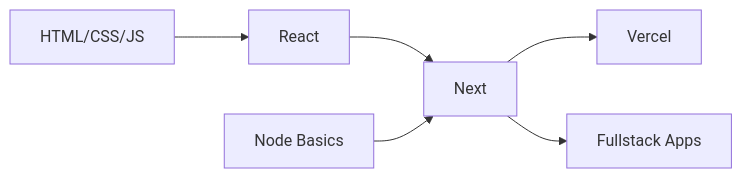
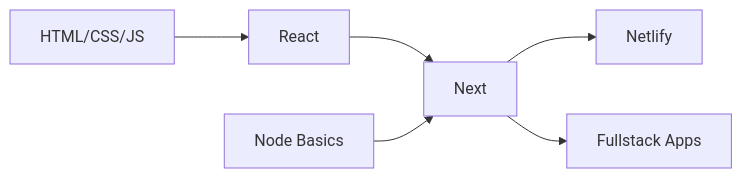
One commit to Faizal-1112/Faizal-1112 changed the diagram in README.md. Above: the diagram before and after it, drawn with Mermaid. The commit also changed other lines of this file, not shown here.

````diff
--- a/README.md
+++ b/README.md
@@ -48,8 +98,8 @@
 ```mermaid
 graph LR
     Basics[HTML/CSS/JS] --> React
     React --> Next
-    Next --> Deployment[Vercel]
+    Next --> Deployment[Netlify]
     Node[Node Basics] --> Next
     Next --> Fullstack[Fullstack Apps]
 ```
````
